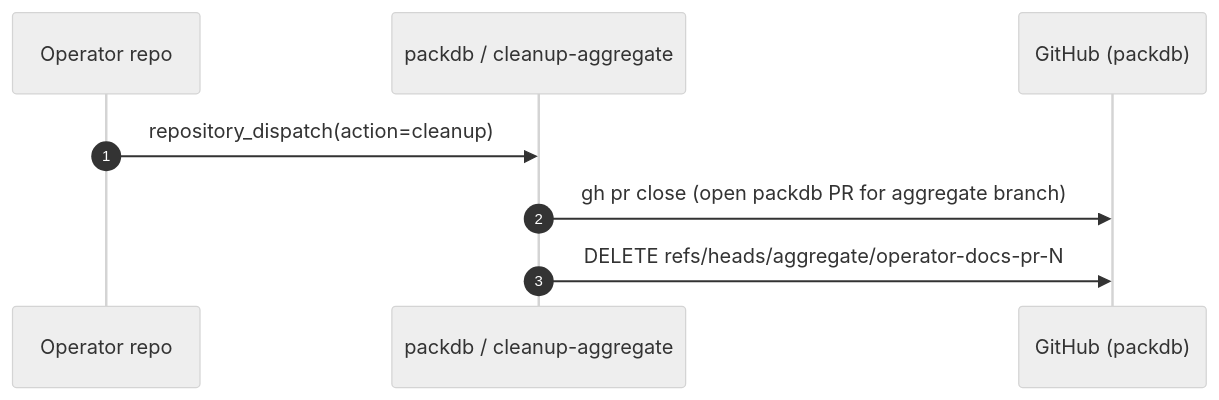
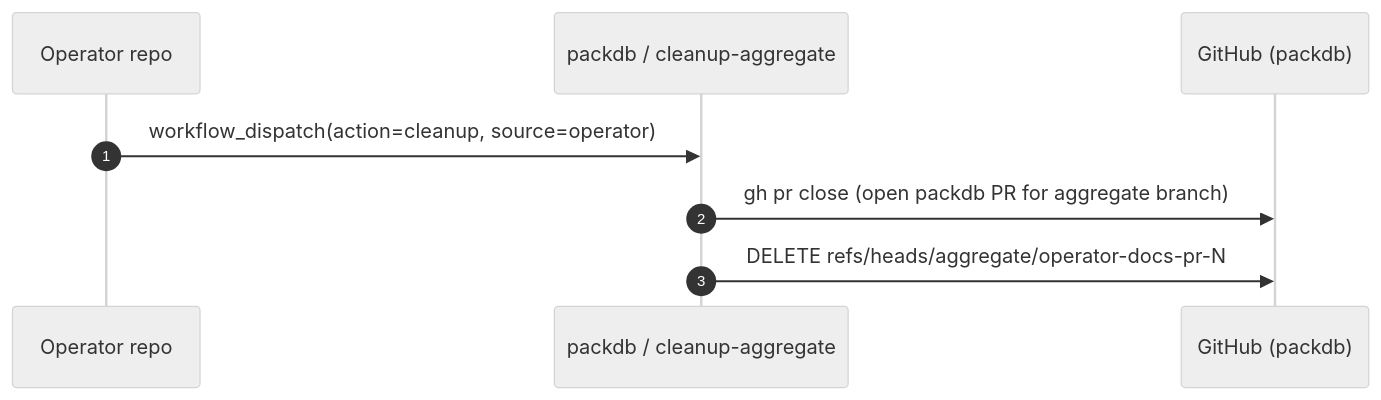
One commit to firebolt-db/firebolt-kubernetes-operator changed the seventh of 8 diagrams in docs-internal/documentation-workflow.md. Above: the diagram before and after it, drawn with Mermaid (neutral theme). The commit also changed other lines of this file and 2 other files, not shown here.

First line of the commit message:
ci(docs): trigger packdb docs aggregation via workflow_dispatch (FB-863)

````diff
--- a/docs-internal/documentation-workflow.md
+++ b/docs-internal/documentation-workflow.md
@@ -246,11 +257,11 @@
 ```mermaid
 sequenceDiagram
   autonumber
   participant OP as Operator repo
   participant PDB as packdb / cleanup-aggregate
   participant GH as GitHub (packdb)
 
-  OP->>PDB: repository_dispatch(action=cleanup)
+  OP->>PDB: workflow_dispatch(action=cleanup, source=operator)
   PDB->>GH: gh pr close (open packdb PR for aggregate branch)
   PDB->>GH: DELETE refs/heads/aggregate/operator-docs-pr-N
 ```
````
